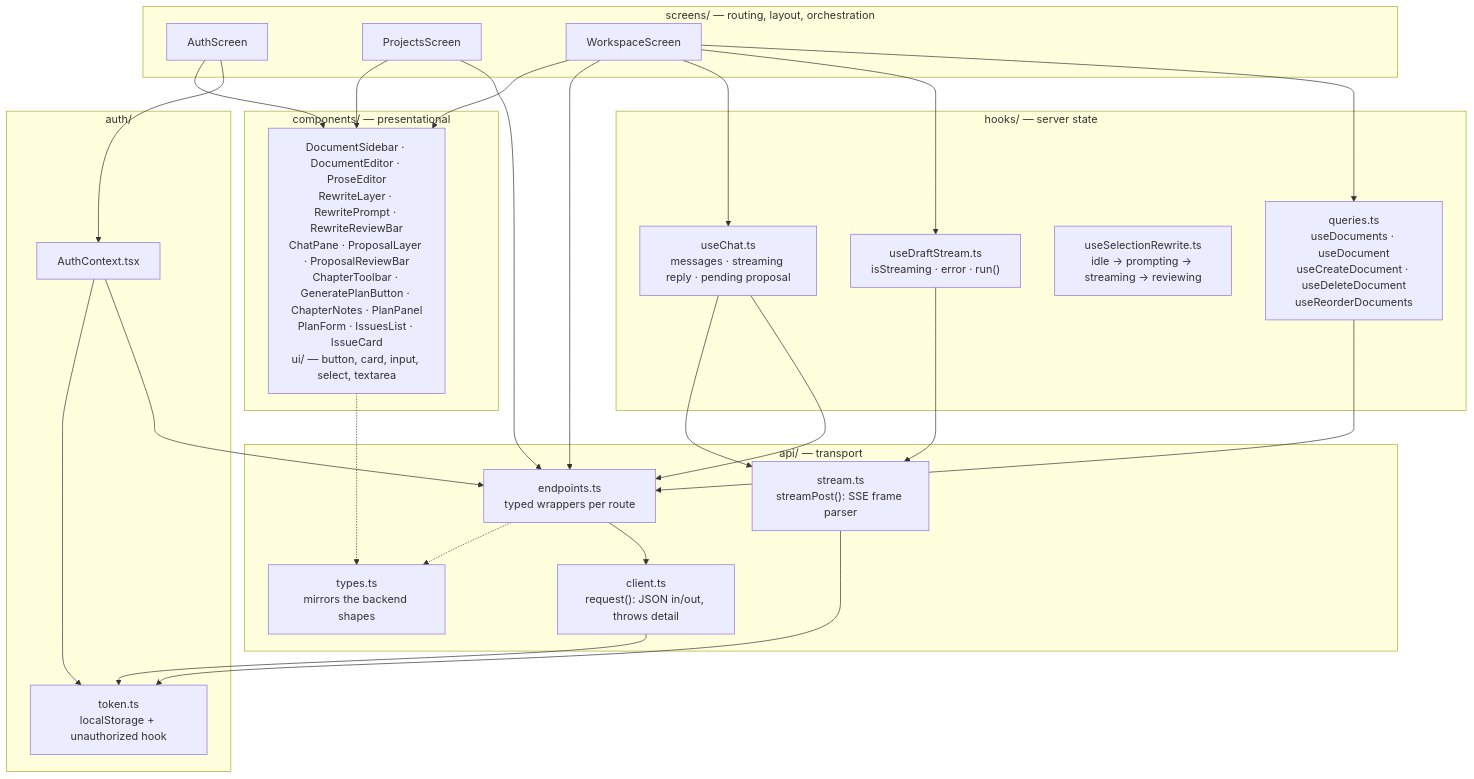
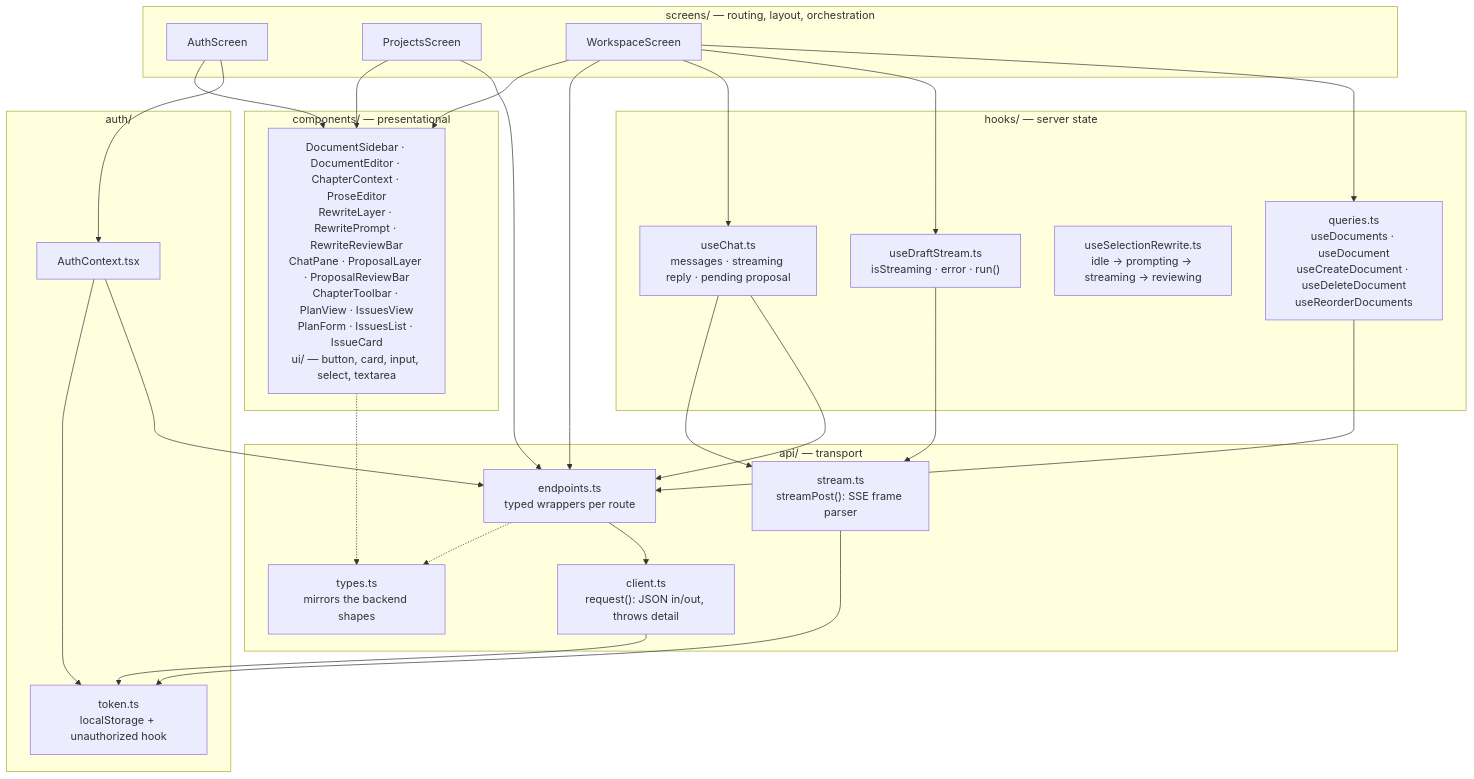
The second of 3 diagrams in docs/diagrams/04-frontend-architecture.md (Akazz-L/maya), drawn with Mermaid before and after one commit. The commit also changed other lines of this file and 27 other files, not shown here.

Commit message:
feat: replace the plan panel with Write / Plan / Issues chapter views (#18)

````diff
--- a/docs/diagrams/04-frontend-architecture.md
+++ b/docs/diagrams/04-frontend-architecture.md
@@ -53,54 +57,54 @@
 ```mermaid
 graph TD
     subgraph screens["screens/ — routing, layout, orchestration"]
         AS["AuthScreen"]
         PS["ProjectsScreen"]
         WSS["WorkspaceScreen"]
     end
 
     subgraph components["components/ — presentational"]
-        CMP["DocumentSidebar · DocumentEditor · ProseEditor<br/>RewriteLayer · RewritePrompt · RewriteReviewBar<br/>ChatPane · ProposalLayer · ProposalReviewBar<br/>ChapterToolbar · GeneratePlanButton · ChapterNotes · PlanPanel<br/>PlanForm · IssuesList · IssueCard<br/>ui/ — button, card, input, select, textarea"]
+        CMP["DocumentSidebar · DocumentEditor · ChapterContext · ProseEditor<br/>RewriteLayer · RewritePrompt · RewriteReviewBar<br/>ChatPane · ProposalLayer · ProposalReviewBar<br/>ChapterToolbar · PlanView · IssuesView<br/>PlanForm · IssuesList · IssueCard<br/>ui/ — button, card, input, select, textarea"]
     end
 
     subgraph hooks["hooks/ — server state"]
         Q["queries.ts<br/>useDocuments · useDocument<br/>useCreateDocument · useDeleteDocument<br/>useReorderDocuments"]
         DS["useDraftStream.ts<br/>isStreaming · error · run()"]
         SR["useSelectionRewrite.ts<br/>idle → prompting → streaming → reviewing"]
         CH["useChat.ts<br/>messages · streaming reply · pending proposal"]
     end
 
     subgraph api["api/ — transport"]
         EP["endpoints.ts<br/>typed wrappers per route"]
         CL["client.ts<br/>request(): JSON in/out, throws detail"]
         ST["stream.ts<br/>streamPost(): SSE frame parser"]
         TY["types.ts<br/>mirrors the backend shapes"]
     end
 
     subgraph auth["auth/"]
         AC["AuthContext.tsx"]
         TK["token.ts<br/>localStorage + unauthorized hook"]
     end
 
     AS --> AC
     PS --> EP
     WSS --> Q
     WSS --> DS
     WSS --> CH
     WSS --> EP
     WSS --> CMP
     PS --> CMP
     AS --> CMP
     Q --> EP
     DS --> ST
     CH --> EP
     CH --> ST
     EP --> CL
     CL --> TK
     ST --> TK
     AC --> EP
     AC --> TK
     EP -.-> TY
     CMP -.-> TY
 
     classDef layer fill:#f7f7f2,stroke:#999
 ```
````
